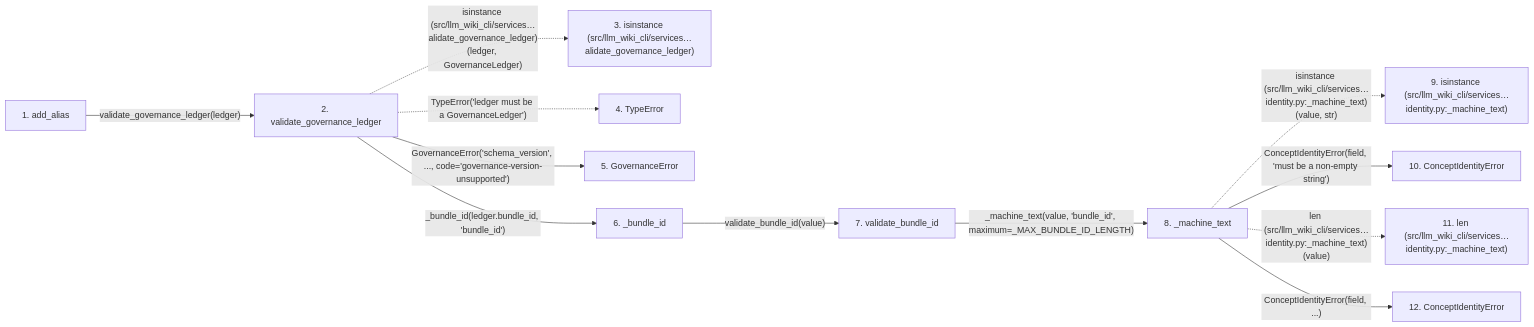
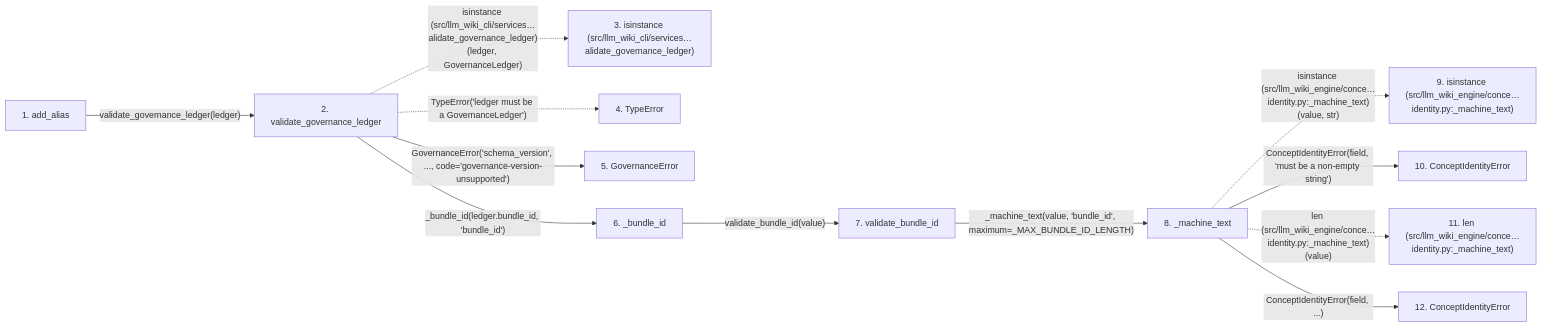
One commit to Denissvgn/python-wiki-llm changed the second of 2 diagrams in docs/llm_wiki/flows/api-add_alias.md. Above: the diagram before and after it, drawn with Mermaid. The commit also changed other lines of this file and 1103 other files, not shown here.

First line of the commit message:
docs: refresh the wiki for the llm-wiki-engine distribution

````diff
--- a/docs/llm_wiki/flows/api-add_alias.md
+++ b/docs/llm_wiki/flows/api-add_alias.md
@@ -139,34 +139,34 @@
 ```mermaid
 flowchart LR
     s1["1. add_alias"]
     s2["2. validate_governance_ledger"]
     s3["3. isinstance (src/llm_wiki_cli/services…alidate_governance_ledger)"]
     s4["4. TypeError"]
     s5["5. GovernanceError"]
     s6["6. _bundle_id"]
     s7["7. validate_bundle_id"]
     s8["8. _machine_text"]
-    s9["9. isinstance (src/llm_wiki_cli/services…identity.py:_machine_text)"]
+    s9["9. isinstance (src/llm_wiki_engine/conce…identity.py:_machine_text)"]
     s10["10. ConceptIdentityError"]
-    s11["11. len (src/llm_wiki_cli/services…identity.py:_machine_text)"]
+    s11["11. len (src/llm_wiki_engine/conce…identity.py:_machine_text)"]
     s12["12. ConceptIdentityError"]
     s1 -->|"validate_governance_ledger(ledger)"| s2
     s2 -. "isinstance (src/llm_wiki_cli/services…alidate_governance_ledger)(ledger, GovernanceLedger)" .-> s3
     s2 -. "TypeError('ledger must be a GovernanceLedger')" .-> s4
     s2 -->|"GovernanceError('schema_version', ..., code='governance-version-unsupported')"| s5
     s2 -->|"_bundle_id(ledger.bundle_id, 'bundle_id')"| s6
     s6 -->|"validate_bundle_id(value)"| s7
     s7 -->|"_machine_text(value, 'bundle_id', maximum=_MAX_BUNDLE_ID_LENGTH)"| s8
-    s8 -. "isinstance (src/llm_wiki_cli/services…identity.py:_machine_text)(value, str)" .-> s9
+    s8 -. "isinstance (src/llm_wiki_engine/conce…identity.py:_machine_text)(value, str)" .-> s9
     s8 -->|"ConceptIdentityError(field, 'must be a non-empty string')"| s10
-    s8 -. "len (src/llm_wiki_cli/services…identity.py:_machine_text)(value)" .-> s11
+    s8 -. "len (src/llm_wiki_engine/conce…identity.py:_machine_text)(value)" .-> s11
     s8 -->|"ConceptIdentityError(field, ...)"| s12
     click s1 "../modules/knowledge_governance.md"
     click s2 "../modules/knowledge_governance.md"
     click s5 "../modules/knowledge_governance.md"
     click s6 "../modules/knowledge_governance.md"
     click s7 "../modules/concept_identity.md"
     click s8 "../modules/concept_identity.md"
     click s10 "../modules/concept_identity.md"
     click s12 "../modules/concept_identity.md"
 ```
````
